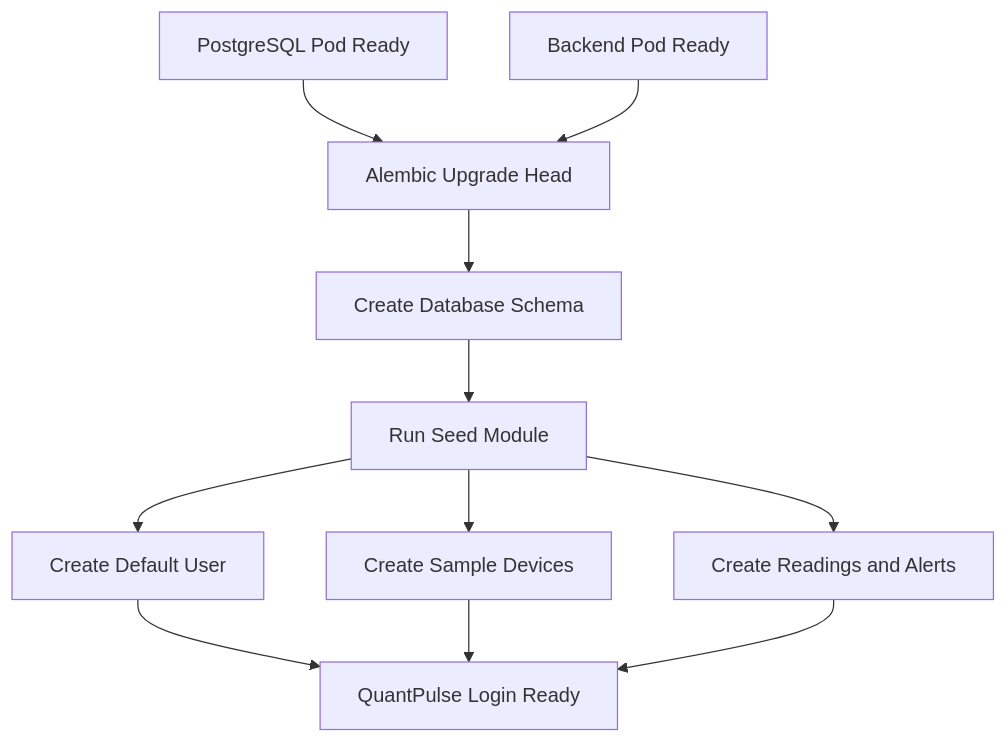
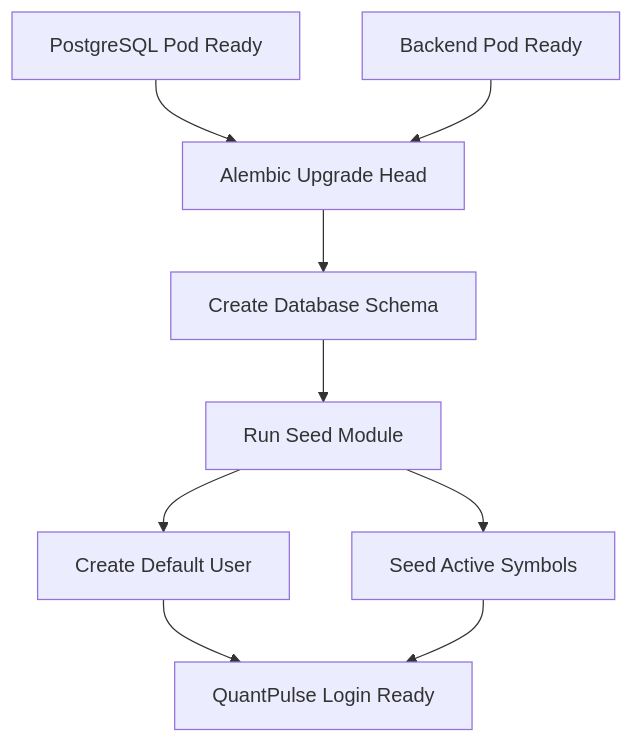
Before and after one commit to Shreyas1705-OTU/QuantPulse: the third of 5 diagrams in README.md, drawn with Mermaid. The commit also changed other lines of this file, not shown here.

````diff
--- a/README.md
+++ b/README.md
@@ -679,13 +683,11 @@
 ```mermaid
 flowchart TD
     A[PostgreSQL Pod Ready] --> C[Alembic Upgrade Head]
     B[Backend Pod Ready] --> C
     C --> D[Create Database Schema]
     D --> E[Run Seed Module]
     E --> F[Create Default User]
-    E --> G[Create Sample Devices]
-    E --> H[Create Readings and Alerts]
+    E --> G[Seed Active Symbols]
     F --> I[QuantPulse Login Ready]
     G --> I
-    H --> I
 ```
````
